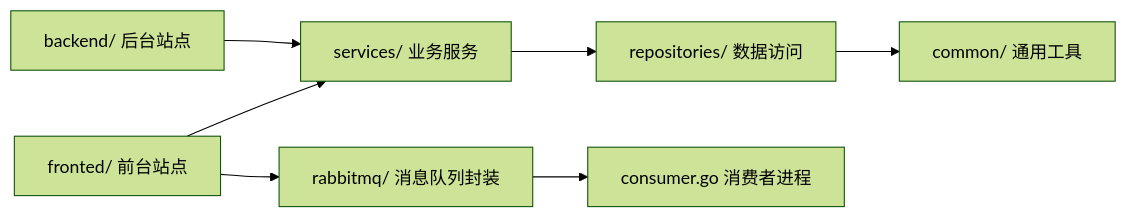
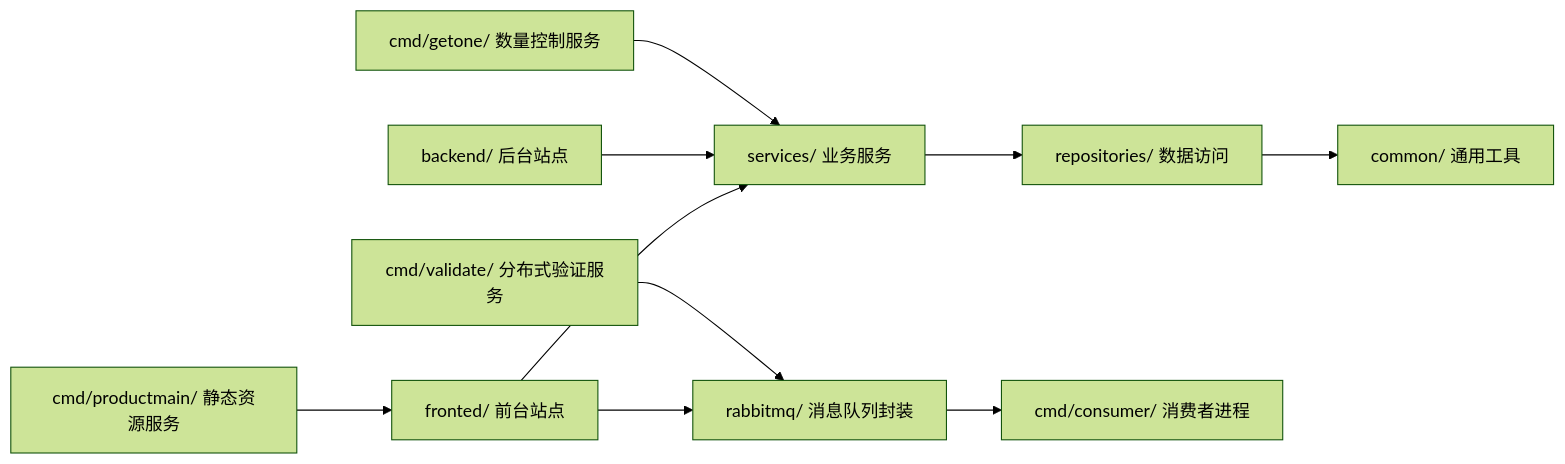
Before and after one commit to gbtdesign/e-commerce-t: the second of 10 diagrams in .qoder/repowiki/zh/content/项目概述.md, drawn with Mermaid (forest theme). The commit also changed other lines of this file and 53 other files, not shown here.

````diff
--- a/.qoder/repowiki/zh/content/项目概述.md
+++ b/.qoder/repowiki/zh/content/项目概述.md
@@ -113,9 +138,12 @@
 ```mermaid
 graph LR
 Fronted["fronted/ 前台站点"] --> Services["services/ 业务服务"]
 Backend["backend/ 后台站点"] --> Services
 Services --> Repositories["repositories/ 数据访问"]
 Repositories --> Common["common/ 通用工具"]
 Fronted --> RabbitMQ["rabbitmq/ 消息队列封装"]
-RabbitMQ --> Consumer["consumer.go 消费者进程"]
+RabbitMQ --> Cmd_Consumer["cmd/consumer/ 消费者进程"]
+Cmd_ProdMain["cmd/productmain/ 静态资源服务"] --> Fronted
+Cmd_GetOne["cmd/getone/ 数量控制服务"] --> Services
+Cmd_Validate["cmd/validate/ 分布式验证服务"] --> RabbitMQ
 ```
````
